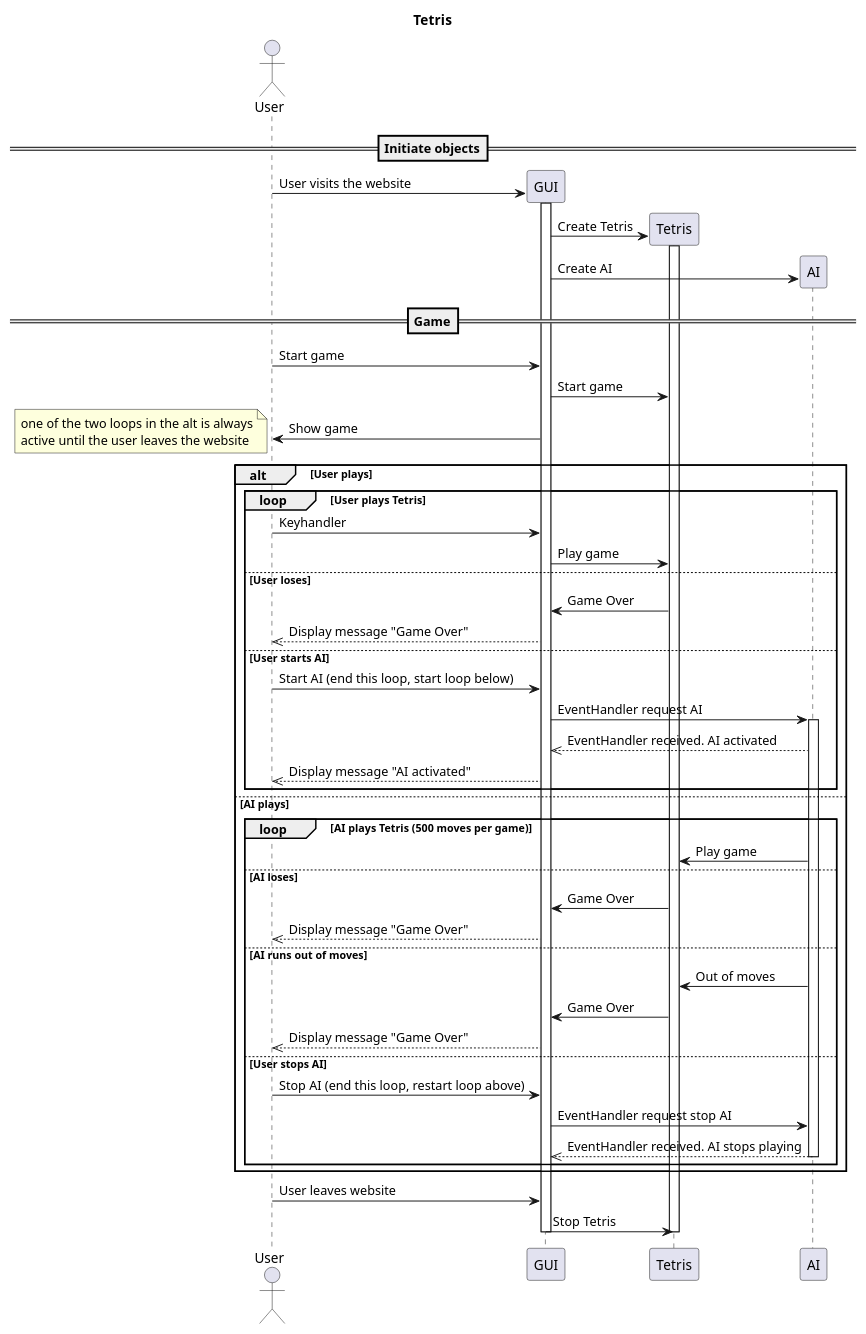
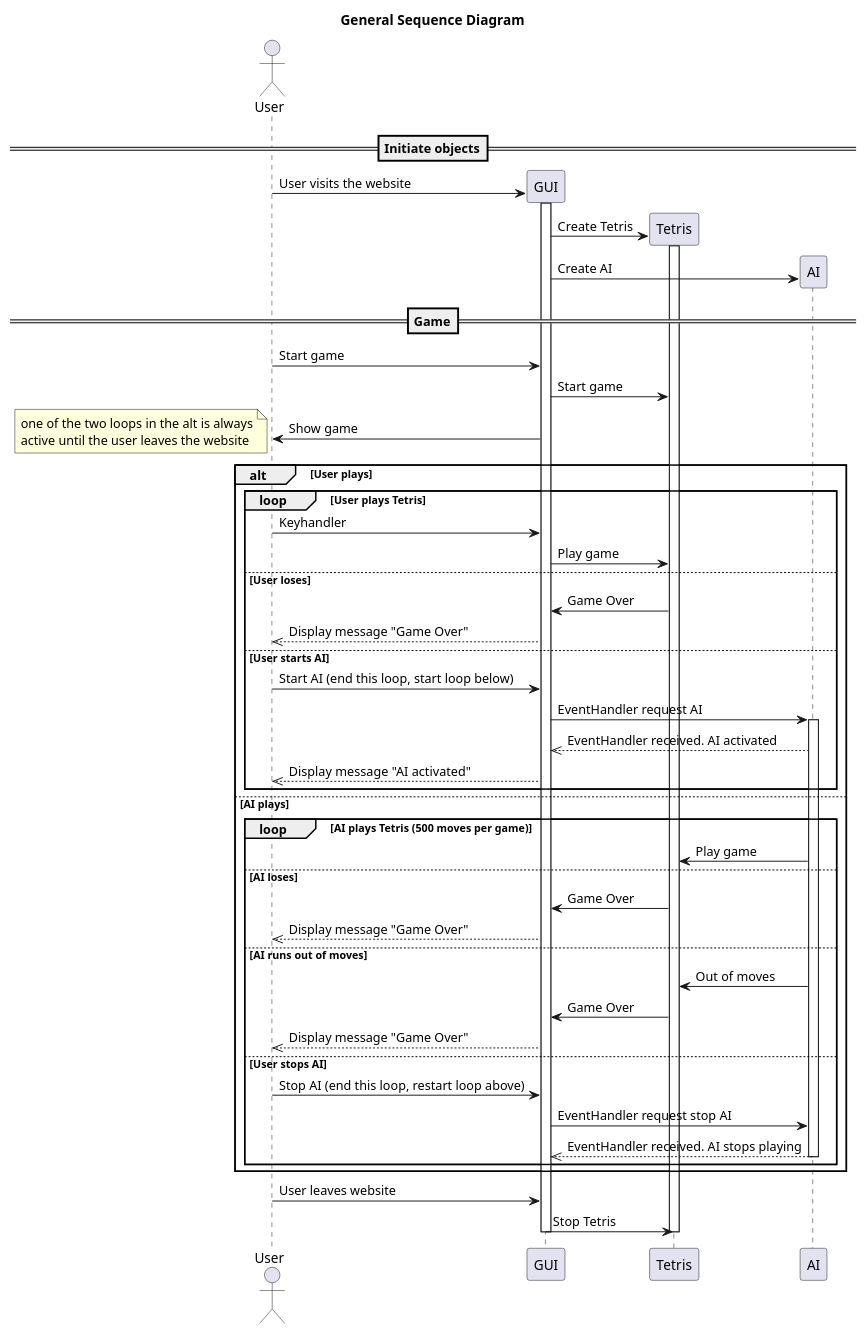
Before and after one commit to matissecallewaert/ai-tetris: the diagram in Analyse/GeneralSequence.puml, drawn with PlantUML. The commit also changed 3 other files, not shown here.

Commit message:
Analyse: Add title to class diagrams

```diff
--- a/Analyse/GeneralSequence.puml
+++ b/Analyse/GeneralSequence.puml
@@ -1,67 +1,67 @@
 @startuml Teturisu
 
-title ==Tetris==
+title ==General Sequence Diagram==
 
 actor User
 
 ==Initiate objects==
 create GUI
 User -> GUI: User visits the website
 activate GUI
 create Tetris
 GUI -> Tetris: Create Tetris
 activate Tetris
 create AI
 GUI -> AI: Create AI
 
 
 ==Game==
 User -> GUI: Start game
 GUI -> Tetris: Start game
 GUI -> User: Show game
 
 note left
 one of the two loops in the alt is always
 active until the user leaves the website
 end note
 
 alt User plays
     loop User plays Tetris
         User -> GUI: Keyhandler
         GUI-> Tetris: Play game
         else User loses
             Tetris -> GUI: Game Over
             GUI -->> User: Display message "Game Over"
         else User starts AI
             User -> GUI: Start AI (end this loop, start loop below)
             GUI -> AI: EventHandler request AI
             Activate AI
             AI -->> GUI: EventHandler received. AI activated
             GUI -->> User: Display message "AI activated"
     end
 
 else AI plays
     loop AI plays Tetris (500 moves per game)
         AI -> Tetris: Play game
         else AI loses
             Tetris -> GUI: Game Over
             GUI -->> User: Display message "Game Over"
         else AI runs out of moves
             AI -> Tetris: Out of moves
             Tetris -> GUI: Game Over
             GUI -->> User: Display message "Game Over"
         else User stops AI
             User -> GUI: Stop AI (end this loop, restart loop above)
             GUI -> AI: EventHandler request stop AI
             AI -->> GUI: EventHandler received. AI stops playing
             deactivate AI
     end
 end
 
 
 GUI <- User: User leaves website
 
 GUI -> Tetris: Stop Tetris
 deactivate Tetris
 deactivate GUI
 @enduml
```
